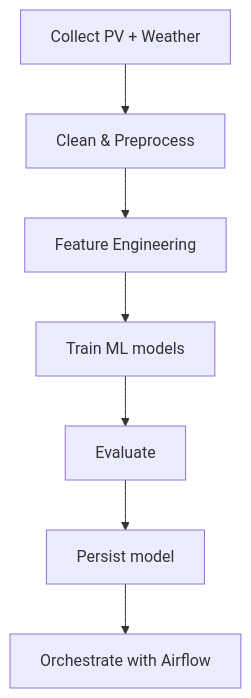
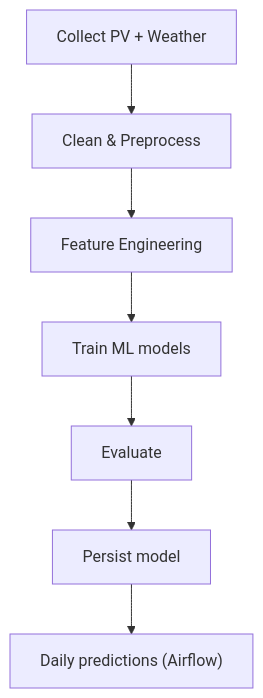
The diagram in README.md (LYT-ctrl/solar-radiation-prediction), drawn with Mermaid before and after one commit. The commit also changed other lines of this file, not shown here.

````diff
--- a/README.md
+++ b/README.md
@@ -8,9 +14,10 @@
 ```mermaid
 flowchart TD
-    A[Collect PV + Weather] --> B[Clean & Preprocess]
-    B --> C[Feature Engineering]
-    C --> D[Train ML models]
-    D --> E[Evaluate]
-    E --> F[Persist model]
-    F --> G[Orchestrate with Airflow]
+    A["Collect PV + Weather"] --> B["Clean & Preprocess"]
+    B --> C["Feature Engineering"]
+    C --> D["Train ML models"]
+    D --> E["Evaluate"]
+    E --> F["Persist model"]
+    F --> G["Daily predictions (Airflow)"]
+
 ```
````
